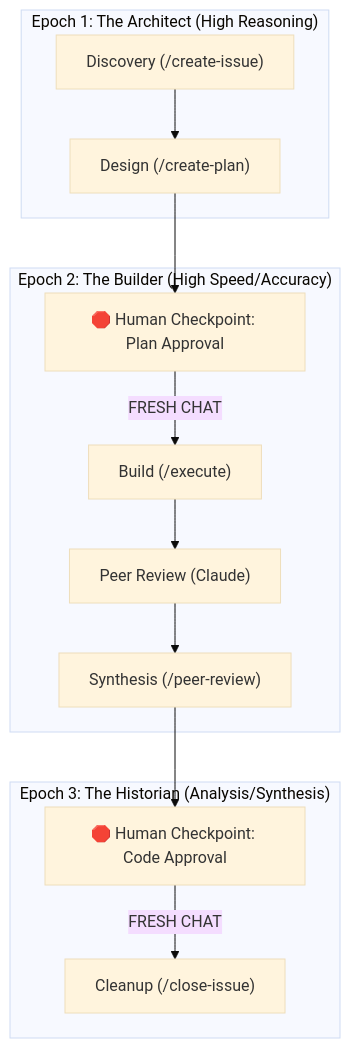
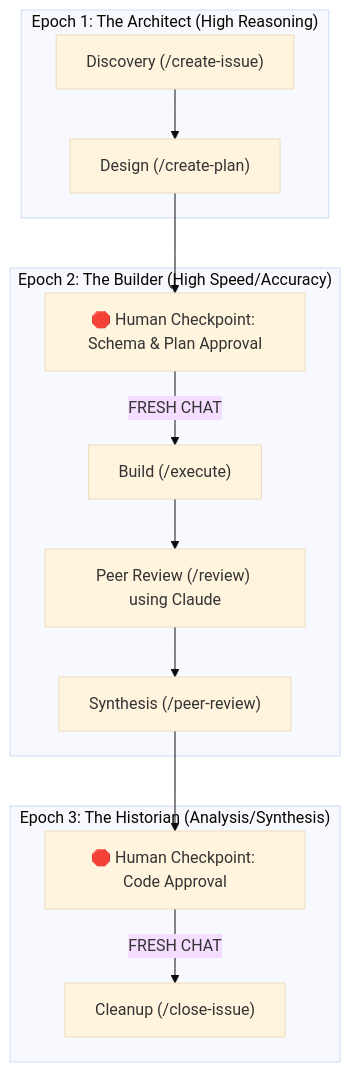
The diagram in README.md (nickconstantinou/antigravity-workflows), drawn with Mermaid (base theme) before and after one commit. The commit also changed other lines of this file and 33 other files, not shown here.

````diff
--- a/README.md
+++ b/README.md
@@ -9,20 +9,20 @@
 ```mermaid
 graph TD
     subgraph "Epoch 1: The Architect (High Reasoning)"
         A["Discovery (/create-issue)"] --> B["Design (/create-plan)"]
     end
     
-    B --> CP1["🛑 Human Checkpoint: Plan Approval"]
+    B --> CP1["🛑 Human Checkpoint: Schema & Plan Approval"]
     
     subgraph "Epoch 2: The Builder (High Speed/Accuracy)"
         CP1 -->|FRESH CHAT| C["Build (/execute)"]
-        C --> D["Peer Review (Claude)"]
+        C --> D["Peer Review (/review) using Claude"]
         D --> E["Synthesis (/peer-review)"]
     end
     
     E --> CP2["🛑 Human Checkpoint: Code Approval"]
     
     subgraph "Epoch 3: The Historian (Analysis/Synthesis)"
         CP2 -->|FRESH CHAT| F["Cleanup (/close-issue)"]
     end
 ```
````
